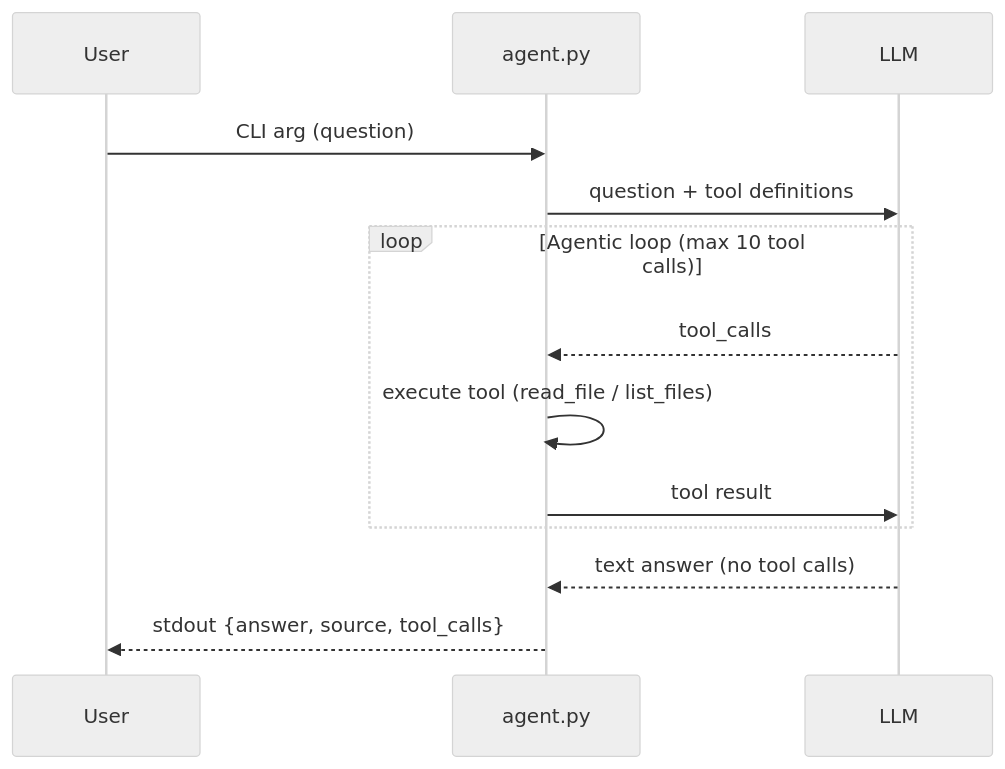
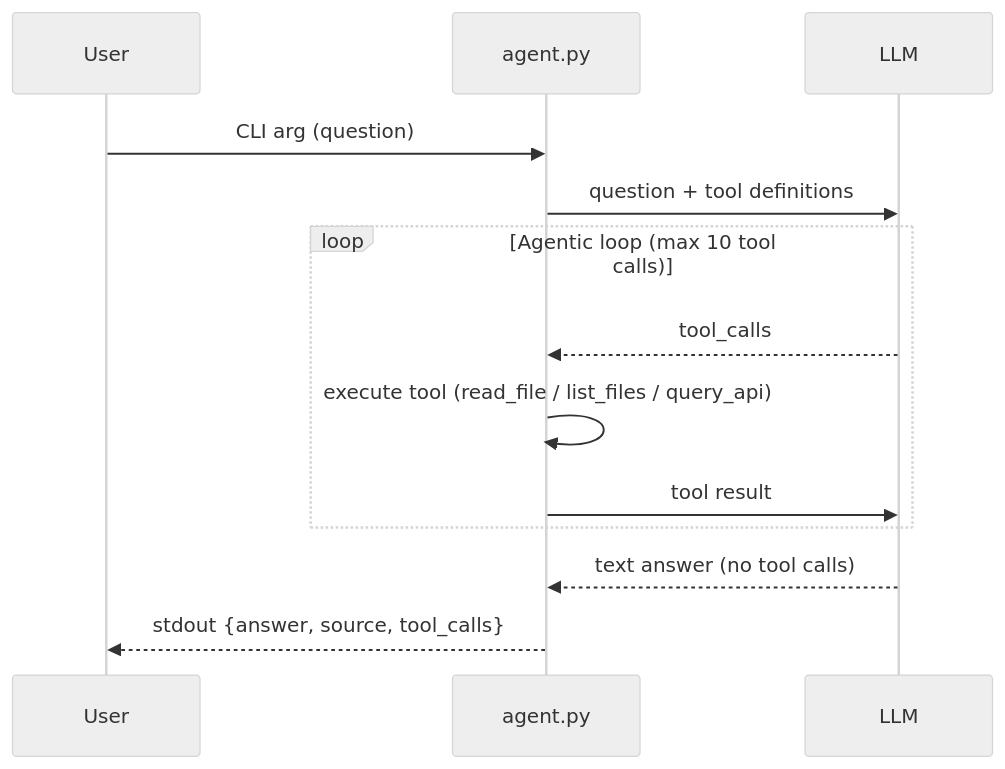
One commit to EMIL2007da/se-toolkit-lab-6 changed the diagram in AGENT.md. Above: the diagram before and after it, drawn with Mermaid (neutral theme). The commit also changed other lines of this file and 2 other files, not shown here.

First line of the commit message:
feat: implement Task 3 System Agent with query_api tool

````diff
--- a/AGENT.md
+++ b/AGENT.md
@@ -95,16 +140,16 @@
 ```mermaid
 sequenceDiagram
     participant User
     participant agent.py
     participant LLM
 
     User->>agent.py: CLI arg (question)
     agent.py->>LLM: question + tool definitions
     loop Agentic loop (max 10 tool calls)
         LLM-->>agent.py: tool_calls
-        agent.py->>agent.py: execute tool (read_file / list_files)
+        agent.py->>agent.py: execute tool (read_file / list_files / query_api)
         agent.py->>LLM: tool result
     end
     LLM-->>agent.py: text answer (no tool calls)
     agent.py-->>User: stdout {answer, source, tool_calls}
 ```
````
